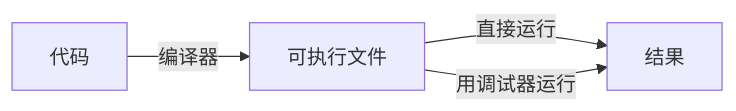
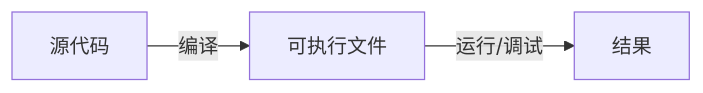
One commit to Juemuren/DevNotes changed the diagram in docs/编辑器/index.md. Above: the diagram before and after it, drawn with Mermaid. The commit also changed other lines of this file and 21 other files, not shown here.

````diff
--- a/docs/编辑器/index.md
+++ b/docs/编辑器/index.md
@@ -26,6 +24,4 @@
 ```mermaid
 flowchart LR
-  A[代码] --编译器--> B[可执行文件]
-  B --直接运行--> C[结果]
-  B --用调试器运行--> C[结果]
+  A[源代码] --编译--> B[可执行文件] --运行/调试--> C[结果]
 ```
````
